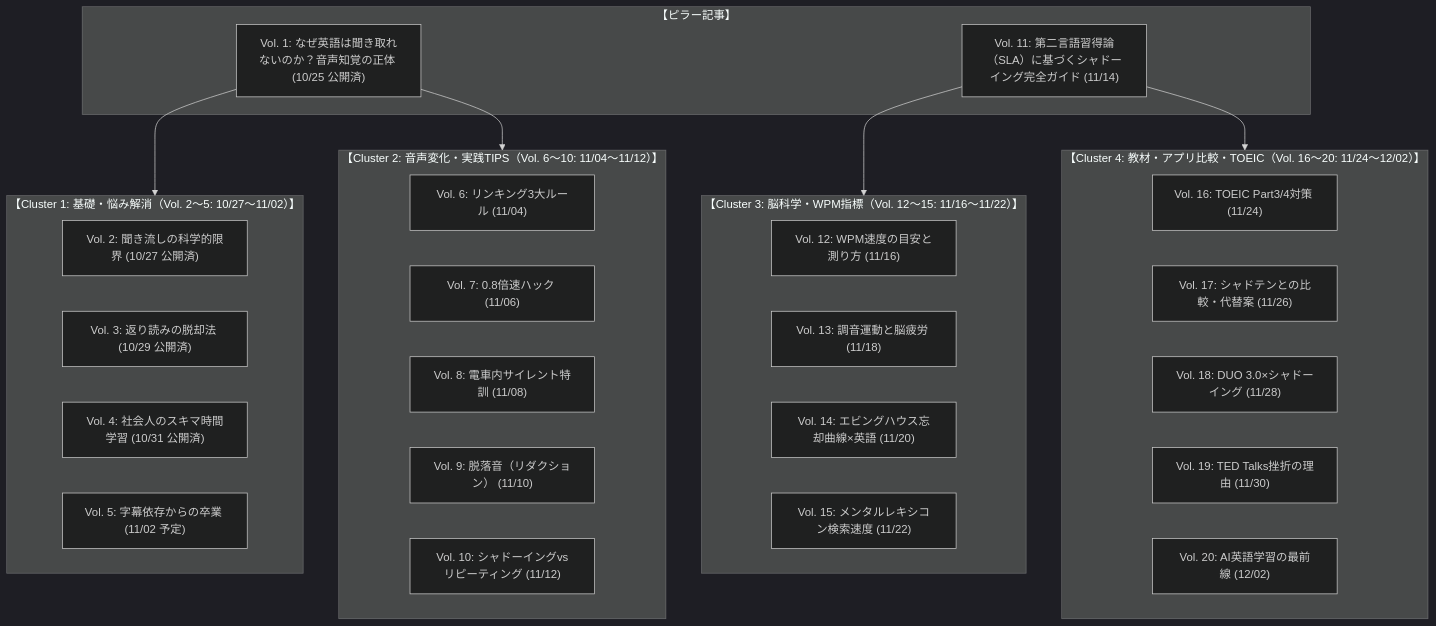
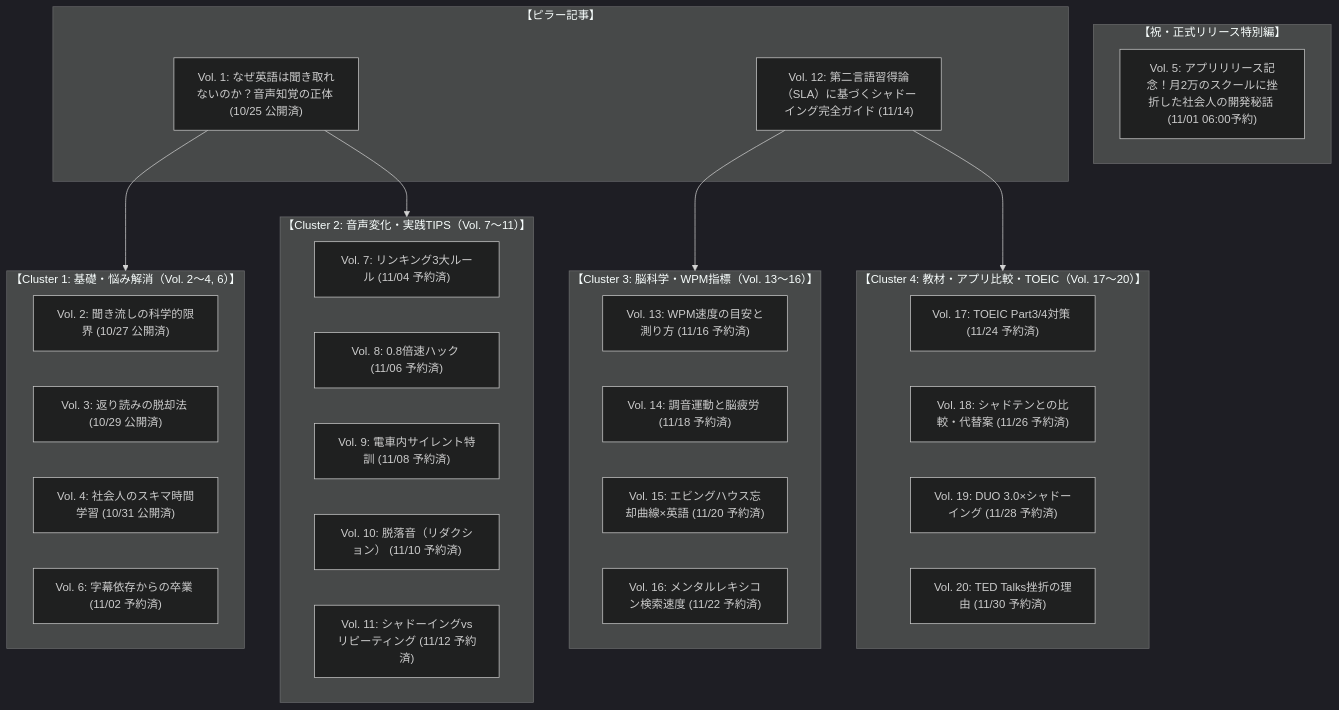
The diagram in management/BLOG_EDITORIAL_CALENDAR.md (ic1koala/Shadowlog), drawn with Mermaid (dark theme) before and after one commit. The commit also changed other lines of this file and 4 other files, not shown here.

````diff
--- a/management/BLOG_EDITORIAL_CALENDAR.md
+++ b/management/BLOG_EDITORIAL_CALENDAR.md
@@ -12,42 +15,45 @@
 ```mermaid
 flowchart TD
+    subgraph Special ["【祝・正式リリース特別編】"]
+        S1["Vol. 5: アプリリリース記念！月2万のスクールに挫折した社会人の開発秘話 (11/01 06:00予約)"]
+    end
+
     subgraph Core ["【ピラー記事】"]
         P1["Vol. 1: なぜ英語は聞き取れないのか？音声知覚の正体 (10/25 公開済)"]
-        P2["Vol. 11: 第二言語習得論（SLA）に基づくシャドーイング完全ガイド (11/14)"]
+        P2["Vol. 12: 第二言語習得論（SLA）に基づくシャドーイング完全ガイド (11/14)"]
     end
 
-    subgraph ClusterA ["【Cluster 1: 基礎・悩み解消（Vol. 2〜5: 10/27〜11/02）】"]
+    subgraph ClusterA ["【Cluster 1: 基礎・悩み解消（Vol. 2〜4, 6）】"]
         C1["Vol. 2: 聞き流しの科学的限界 (10/27 公開済)"]
         C2["Vol. 3: 返り読みの脱却法 (10/29 公開済)"]
         C3["Vol. 4: 社会人のスキマ時間学習 (10/31 公開済)"]
-        C4["Vol. 5: 字幕依存からの卒業 (11/02 予定)"]
+        C4["Vol. 6: 字幕依存からの卒業 (11/02 予約済)"]
     end
 
-    subgraph ClusterB ["【Cluster 2: 音声変化・実践TIPS（Vol. 6〜10: 11/04〜11/12）】"]
-        C5["Vol. 6: リンキング3大ルール (11/04)"]
-        C6["Vol. 7: 0.8倍速ハック (11/06)"]
-        C7["Vol. 8: 電車内サイレント特訓 (11/08)"]
-        C8["Vol. 9: 脱落音（リダクション） (11/10)"]
-        C9["Vol. 10: シャドーイングvsリピーティング (11/12)"]
+    subgraph ClusterB ["【Cluster 2: 音声変化・実践TIPS（Vol. 7〜11）】"]
+        C5["Vol. 7: リンキング3大ルール (11/04 予約済)"]
+        C6["Vol. 8: 0.8倍速ハック (11/06 予約済)"]
+        C7["Vol. 9: 電車内サイレント特訓 (11/08 予約済)"]
+        C8["Vol. 10: 脱落音（リダクション） (11/10 予約済)"]
+        C9["Vol. 11: シャドーイングvsリピーティング (11/12 予約済)"]
     end
 
-    subgraph ClusterC ["【Cluster 3: 脳科学・WPM指標（Vol. 12〜15: 11/16〜11/22）】"]
-        C10["Vol. 12: WPM速度の目安と測り方 (11/16)"]
-        C11["Vol. 13: 調音運動と脳疲労 (11/18)"]
-        C12["Vol. 14: エビングハウス忘却曲線×英語 (11/20)"]
-        C13["Vol. 15: メンタルレキシコン検索速度 (11/22)"]
+    subgraph ClusterC ["【Cluster 3: 脳科学・WPM指標（Vol. 13〜16）】"]
+        C10["Vol. 13: WPM速度の目安と測り方 (11/16 予約済)"]
+        C11["Vol. 14: 調音運動と脳疲労 (11/18 予約済)"]
+        C12["Vol. 15: エビングハウス忘却曲線×英語 (11/20 予約済)"]
+        C13["Vol. 16: メンタルレキシコン検索速度 (11/22 予約済)"]
     end
 
-    subgraph ClusterD ["【Cluster 4: 教材・アプリ比較・TOEIC（Vol. 16〜20: 11/24〜12/02）】"]
-        C14["Vol. 16: TOEIC Part3/4対策 (11/24)"]
-        C15["Vol. 17: シャドテンとの比較・代替案 (11/26)"]
-        C16["Vol. 18: DUO 3.0×シャドーイング (11/28)"]
-        C17["Vol. 19: TED Talks挫折の理由 (11/30)"]
-        C18["Vol. 20: AI英語学習の最前線 (12/02)"]
+    subgraph ClusterD ["【Cluster 4: 教材・アプリ比較・TOEIC（Vol. 17〜20）】"]
+        C14["Vol. 17: TOEIC Part3/4対策 (11/24 予約済)"]
+        C15["Vol. 18: シャドテンとの比較・代替案 (11/26 予約済)"]
+        C16["Vol. 19: DUO 3.0×シャドーイング (11/28 予約済)"]
+        C17["Vol. 20: TED Talks挫折の理由 (11/30 予約済)"]
     end
 
     P1 --> ClusterA
     P1 --> ClusterB
     P2 --> ClusterC
     P2 --> ClusterD
 ```
````
